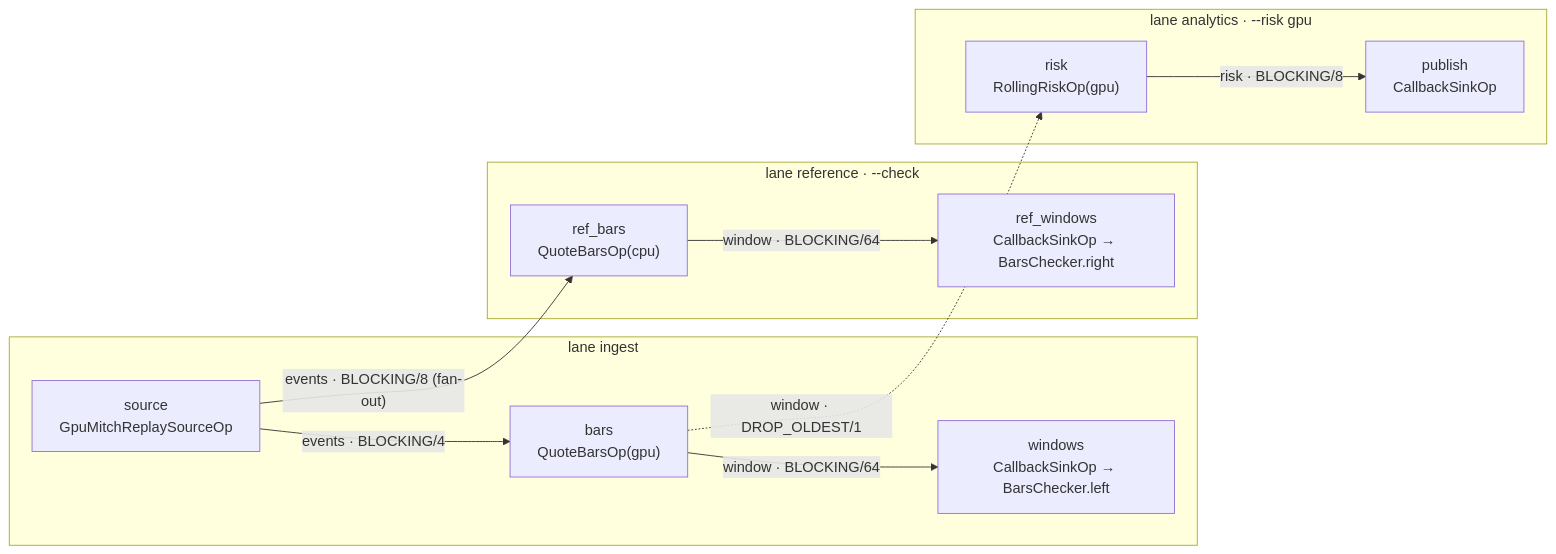
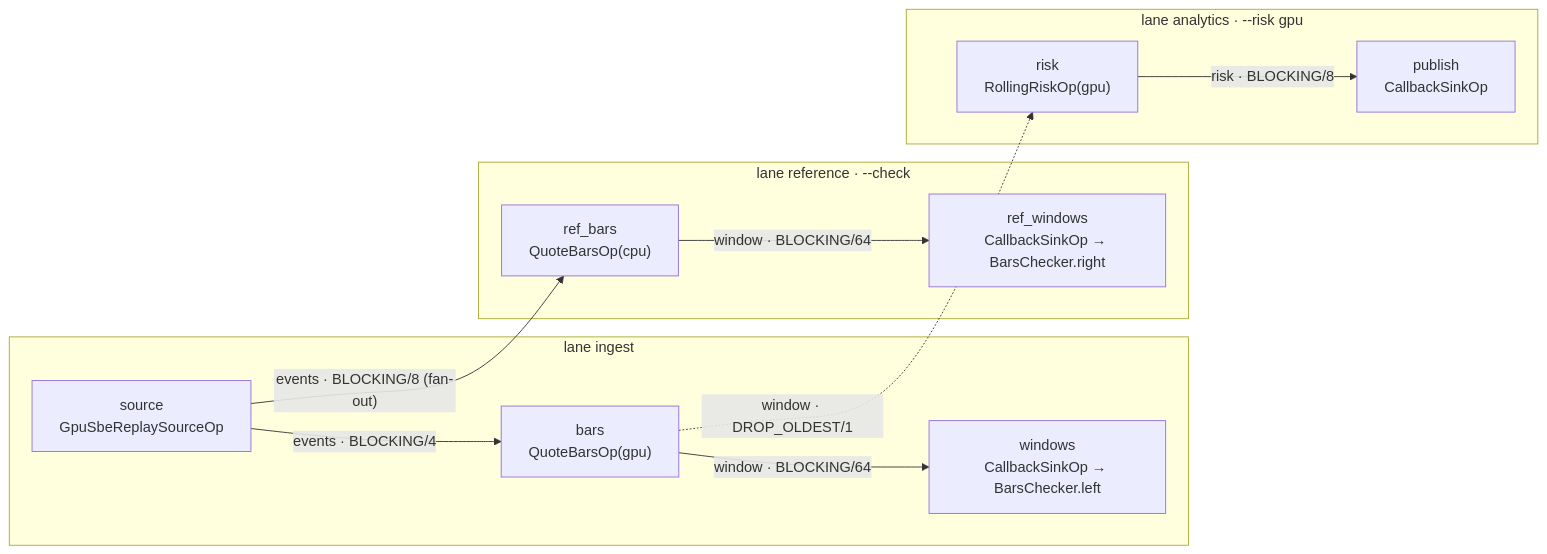
The third of 3 diagrams in docs/ARCHITECTURE.md (nvidia-holoscan/holoscan-finance), drawn with Mermaid before and after one commit. The commit also changed other lines of this file and 105 other files, not shown here.

````diff
--- a/docs/ARCHITECTURE.md
+++ b/docs/ARCHITECTURE.md
@@ -108,22 +108,22 @@
 ```mermaid
 flowchart LR
     subgraph ingest["lane ingest"]
-        source["source<br/>GpuMitchReplaySourceOp"]
+        source["source<br/>GpuSbeReplaySourceOp"]
         bars["bars<br/>QuoteBarsOp(gpu)"]
         windows["windows<br/>CallbackSinkOp → BarsChecker.left"]
         source -->|"events · BLOCKING/4"| bars
         bars -->|"window · BLOCKING/64"| windows
     end
     subgraph reference["lane reference · --check"]
         ref_bars["ref_bars<br/>QuoteBarsOp(cpu)"]
         ref_windows["ref_windows<br/>CallbackSinkOp → BarsChecker.right"]
         ref_bars -->|"window · BLOCKING/64"| ref_windows
     end
     subgraph analytics["lane analytics · --risk gpu"]
         risk["risk<br/>RollingRiskOp(gpu)"]
         publish["publish<br/>CallbackSinkOp"]
         risk -->|"risk · BLOCKING/8"| publish
     end
     source -->|"events · BLOCKING/8 (fan-out)"| ref_bars
     bars -.->|"window · DROP_OLDEST/1"| risk
 ```
````
